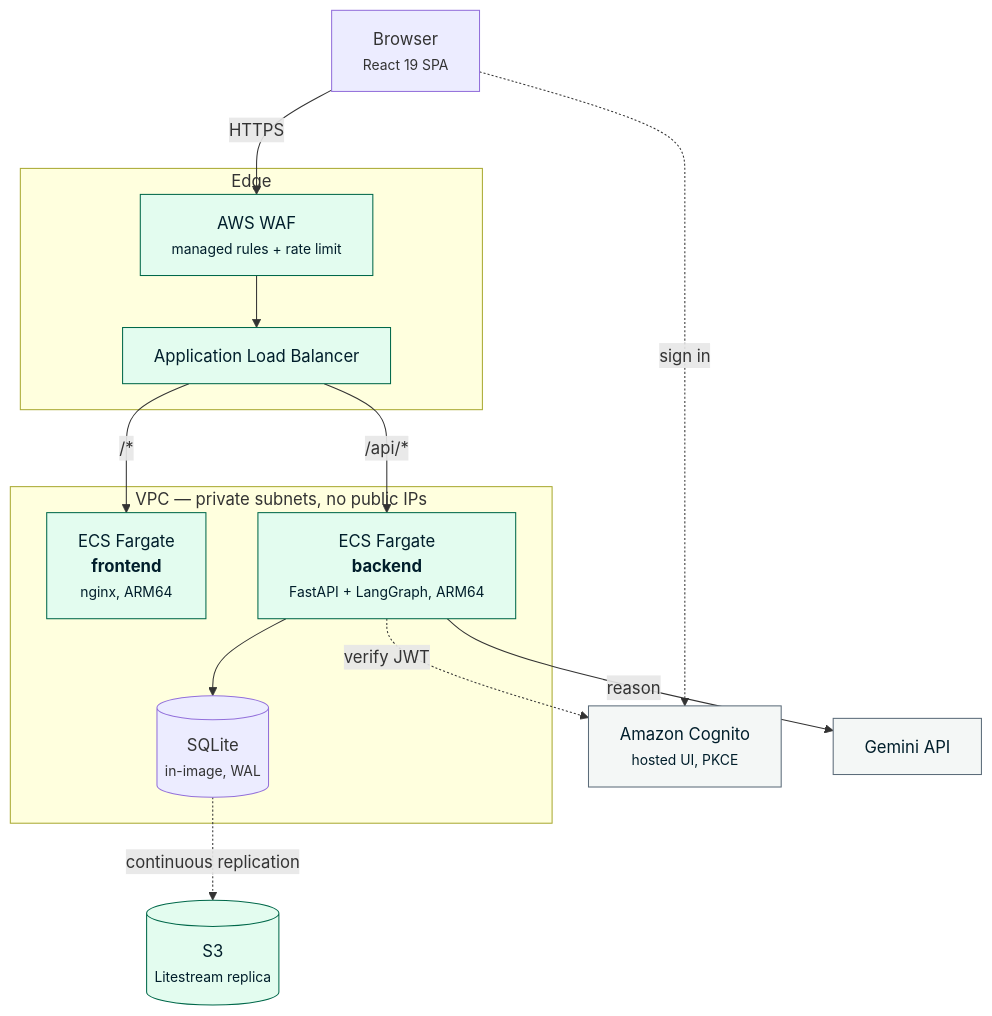
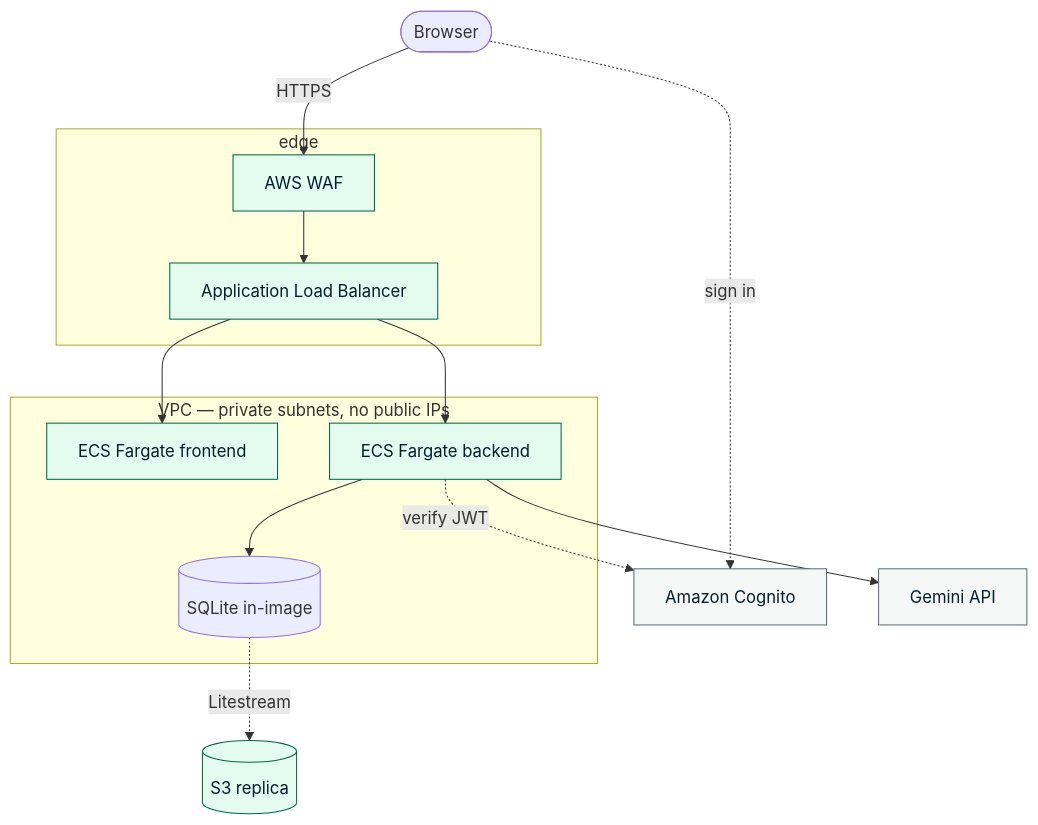
The third of 4 diagrams in README.md (fadlytanjung/ccoa-agent), drawn with Mermaid before and after one commit. The commit also changed other lines of this file and 7 other files, not shown here.

````diff
--- a/README.md
+++ b/README.md
@@ -68,33 +191,33 @@
 ```mermaid
 graph TB
-    Browser["Browser<br/><small>React 19 SPA</small>"]
+    Browser(["Browser"])
 
-    subgraph Edge["Edge"]
-        WAF["AWS WAF<br/><small>managed rules + rate limit</small>"]
+    subgraph Edge["edge"]
+        WAF["AWS WAF"]
         LB["Application Load Balancer"]
     end
 
     subgraph VPC["VPC — private subnets, no public IPs"]
-        FE["ECS Fargate<br/><b>frontend</b><br/><small>nginx, ARM64</small>"]
-        BE["ECS Fargate<br/><b>backend</b><br/><small>FastAPI + LangGraph, ARM64</small>"]
-        DB[("SQLite<br/><small>in-image, WAL</small>")]
+        FE["ECS Fargate frontend"]
+        BE["ECS Fargate backend"]
+        DB[("SQLite in-image")]
     end
 
-    Cognito["Amazon Cognito<br/><small>hosted UI, PKCE</small>"]
+    Cognito["Amazon Cognito"]
     Gemini["Gemini API"]
-    S3[("S3<br/><small>Litestream replica</small>")]
+    S3[("S3 replica")]
 
     Browser -->|HTTPS| WAF --> LB
-    LB -->|"/*"| FE
-    LB -->|"/api/*"| BE
-    Browser -.->|"sign in"| Cognito
-    BE -.->|"verify JWT"| Cognito
+    LB --> FE
+    LB --> BE
+    Browser -.->|sign in| Cognito
+    BE -.->|verify JWT| Cognito
     BE --> DB
-    BE -->|"reason"| Gemini
-    DB -.->|"continuous replication"| S3
+    BE --> Gemini
+    DB -.->|Litestream| S3
 
     classDef aws fill:#e3fcef,stroke:#00684a,color:#001e2b
     classDef ext fill:#f4f7f6,stroke:#5c6c7a,color:#001e2b
     class WAF,LB,FE,BE,S3 aws
     class Cognito,Gemini ext
 ```
````
